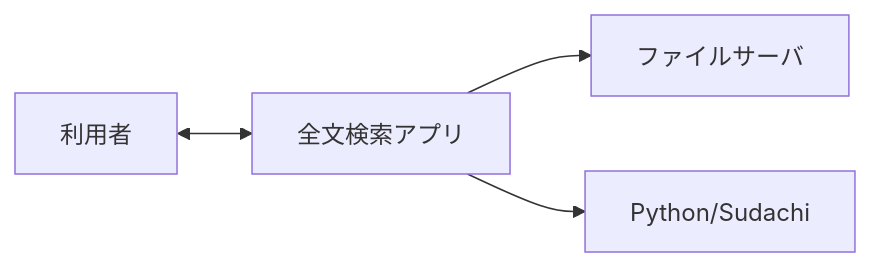
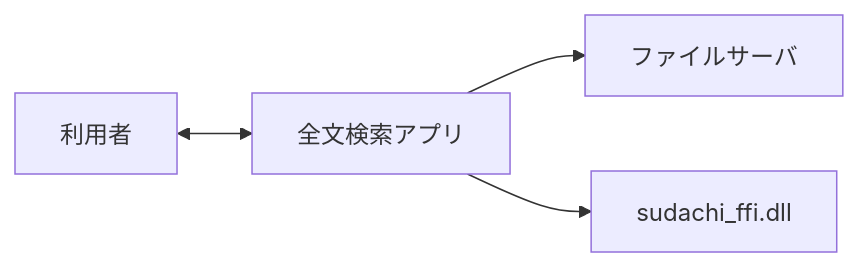
One commit to zndmonya-dot/FileSearchApp- changed the first of 3 diagrams in docs/外部設計.md. Above: the diagram before and after it, drawn with Mermaid. The commit also changed other lines of this file and 82 other files, not shown here.

````diff
--- a/docs/外部設計.md
+++ b/docs/外部設計.md
@@ -15,10 +15,10 @@
 ```mermaid
 flowchart LR
   User[利用者]
   App[全文検索アプリ]
   FileServer[ファイルサーバ]
-  Python[Python/Sudachi]
+  SudachiNative[sudachi_ffi.dll]
   User <--> App
   App --> FileServer
-  App --> Python
+  App --> SudachiNative
 ```
````
